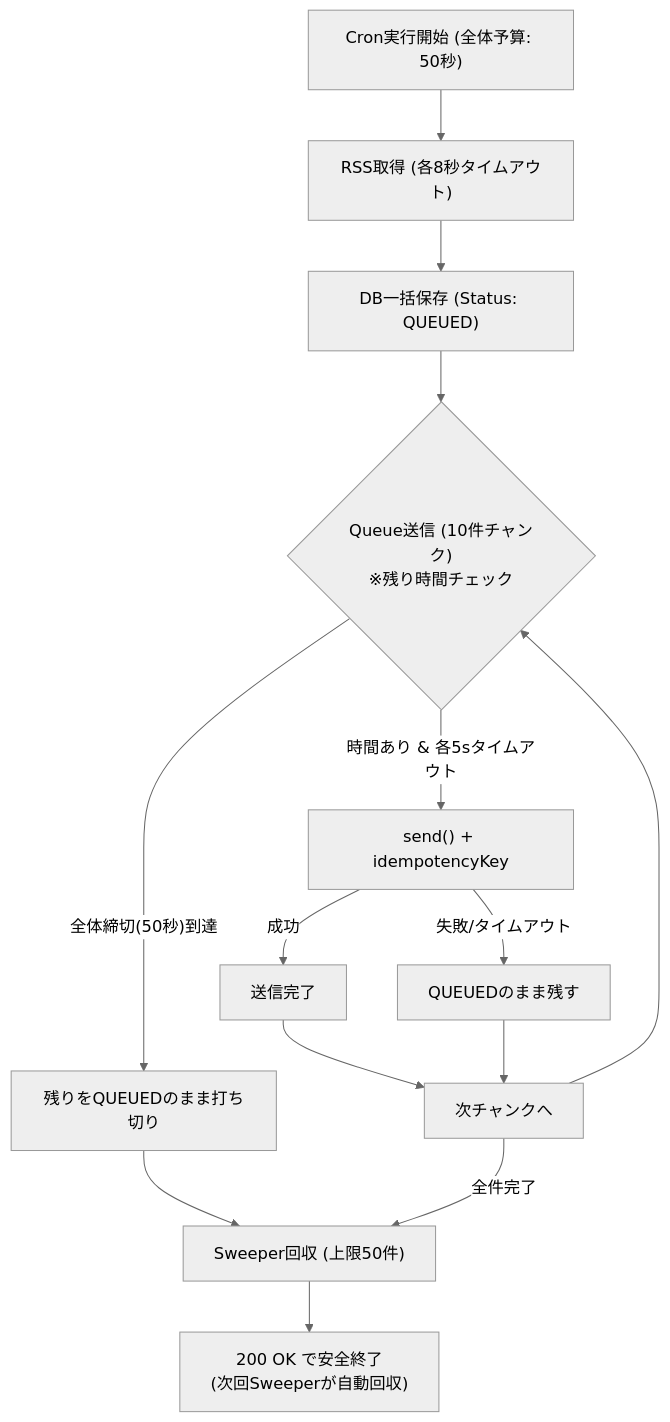
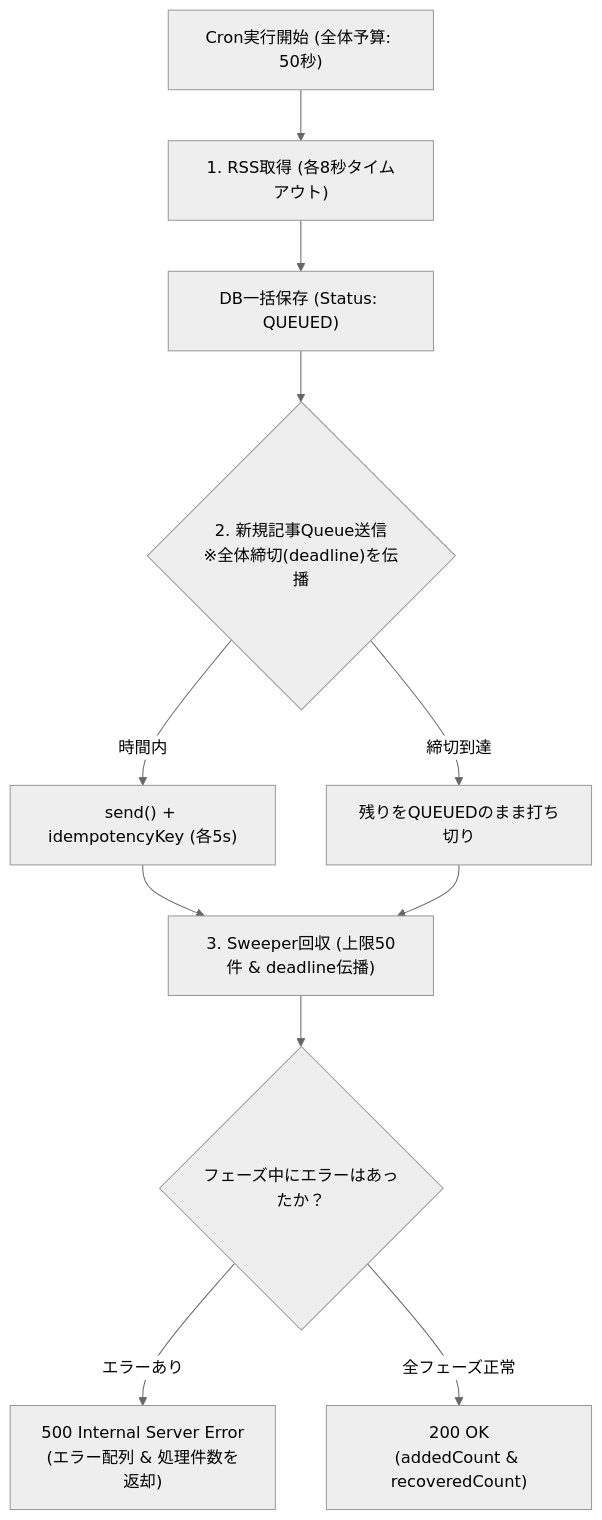
Before and after one commit to gp-sato/news-aggregator: the diagram in docs/plans/cron-fetch-news-timeout-fix-plan.ja.md, drawn with Mermaid (neutral theme). The commit also changed other lines of this file and 3 other files, not shown here.

````diff
--- a/docs/plans/cron-fetch-news-timeout-fix-plan.ja.md
+++ b/docs/plans/cron-fetch-news-timeout-fix-plan.ja.md
@@ -50,19 +53,16 @@
 ```mermaid
 flowchart TD
-    Start["Cron実行開始 (全体予算: 50秒)"] --> RSS["RSS取得 (各8秒タイムアウト)"]
+    Start["Cron実行開始 (全体予算: 50秒)"] --> RSS["1. RSS取得 (各8秒タイムアウト)"]
     RSS --> DB["DB一括保存 (Status: QUEUED)"]
-    DB --> EnqueueLoop{"Queue送信 (10件チャンク)\n※残り時間チェック"}
+    DB --> EnqueueNew{"2. 新規記事Queue送信\n※全体締切(deadline)を伝播"}
     
-    EnqueueLoop -->|"時間あり & 各5sタイムアウト"| Send["send() + idempotencyKey"]
-    Send -->|"成功"| MarkSuccess["送信完了"]
-    Send -->|"失敗/タイムアウト"| KeepQueued["QUEUEDのまま残す"]
+    EnqueueNew -->|"時間内"| Send["send() + idempotencyKey (各5s)"]
+    EnqueueNew -->|"締切到達"| StopNew["残りをQUEUEDのまま打ち切り"]
     
-    EnqueueLoop -->|"全体締切(50秒)到達"| StopGraceful["残りをQUEUEDのまま打ち切り"]
-    MarkSuccess --> NextChunk["次チャンクへ"]
-    KeepQueued --> NextChunk
-    NextChunk --> EnqueueLoop
+    Send --> Sweeper["3. Sweeper回収 (上限50件 & deadline伝播)"]
+    StopNew --> Sweeper
     
-    StopGraceful --> Sweeper["Sweeper回収 (上限50件)"]
-    NextChunk -->|"全件完了"| Sweeper
-    Sweeper --> Response200["200 OK で安全終了\n(次回Sweeperが自動回収)"]
+    Sweeper --> CheckError{"フェーズ中にエラーはあったか？"}
+    CheckError -->|"エラーあり"| Response500["500 Internal Server Error\n(エラー配列 & 処理件数を返却)"]
+    CheckError -->|"全フェーズ正常"| Response200["200 OK\n(addedCount & recoveredCount)"]
 ```
````
